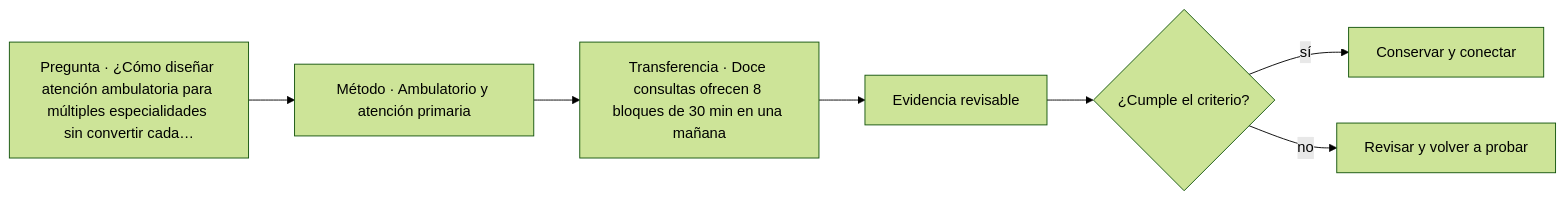
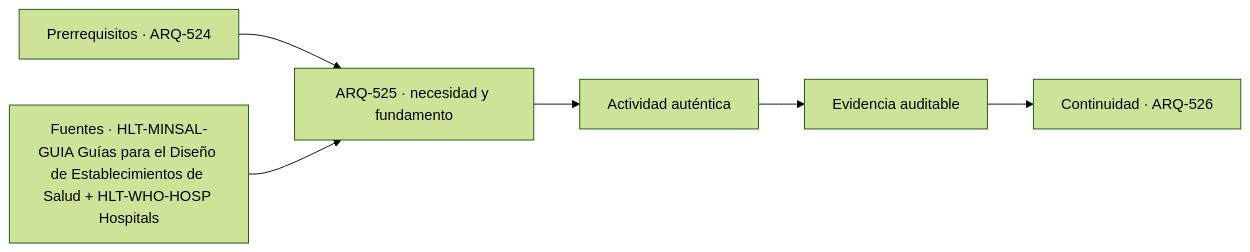
One commit to vladimiracunadev-create/architecture-built-environment-learning-program changed the diagram in classes/parte-53/ARQ-525.md. Above: the diagram before and after it, drawn with Mermaid (forest theme). The commit also changed other lines of this file and 761 other files, not shown here.

````diff
--- a/classes/parte-53/ARQ-525.md
+++ b/classes/parte-53/ARQ-525.md
@@ -91,9 +103,8 @@
 ```mermaid
 flowchart LR
-    Q["Pregunta · ¿Cómo diseñar atención ambulatoria para múltiples especialidades sin convertir cada…"] --> M["Método · Ambulatorio y atención primaria"]
-    M --> P["Transferencia · Doce consultas ofrecen 8 bloques de 30 min en una mañana"]
-    P --> E["Evidencia revisable"]
-    E --> C{"¿Cumple el criterio?"}
-    C -->|sí| T["Conservar y conectar"]
-    C -->|no| R["Revisar y volver a probar"]
+    A["Prerrequisitos · ARQ-524"] --> B["ARQ-525 · necesidad y fundamento"]
+    S["Fuentes · HLT-MINSAL-GUIA Guías para el Diseño de Establecimientos de Salud + HLT-WHO-HOSP Hospitals"] --> B
+    B --> C["Actividad auténtica"]
+    C --> D["Evidencia auditable"]
+    D --> E["Continuidad · ARQ-526"]
 ```
````
